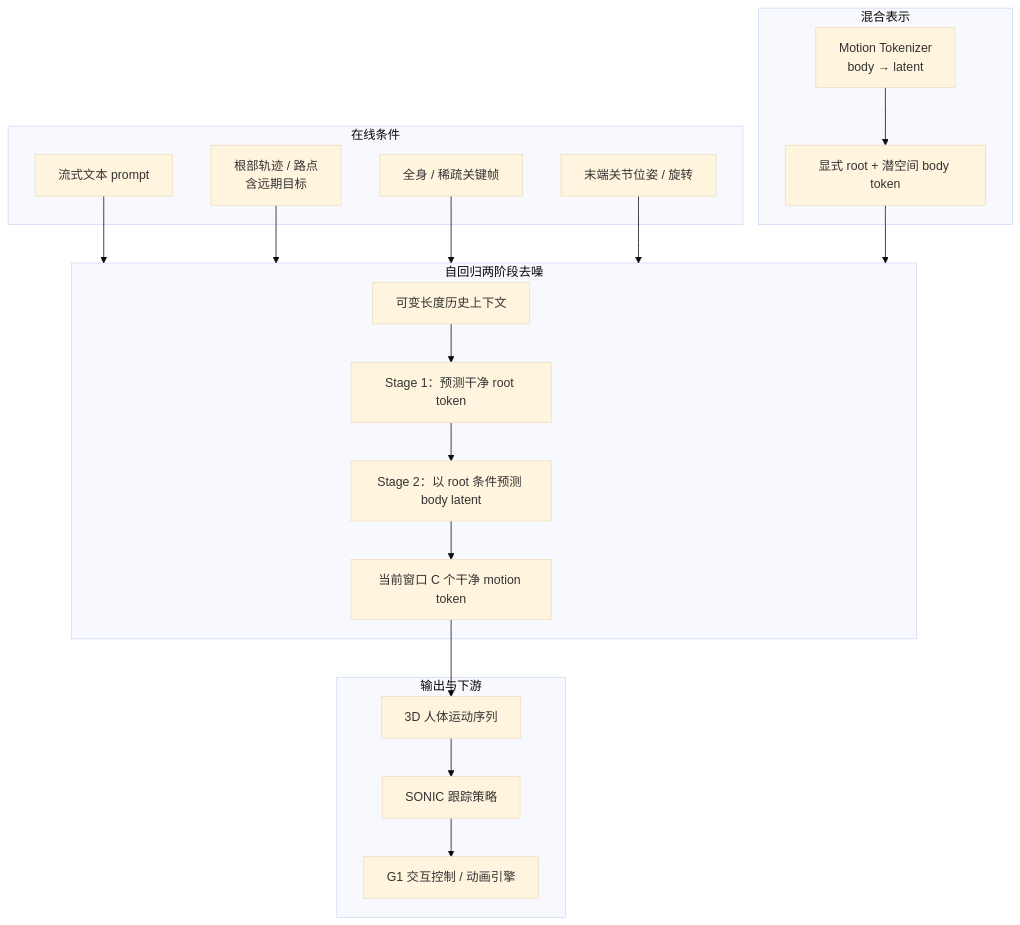
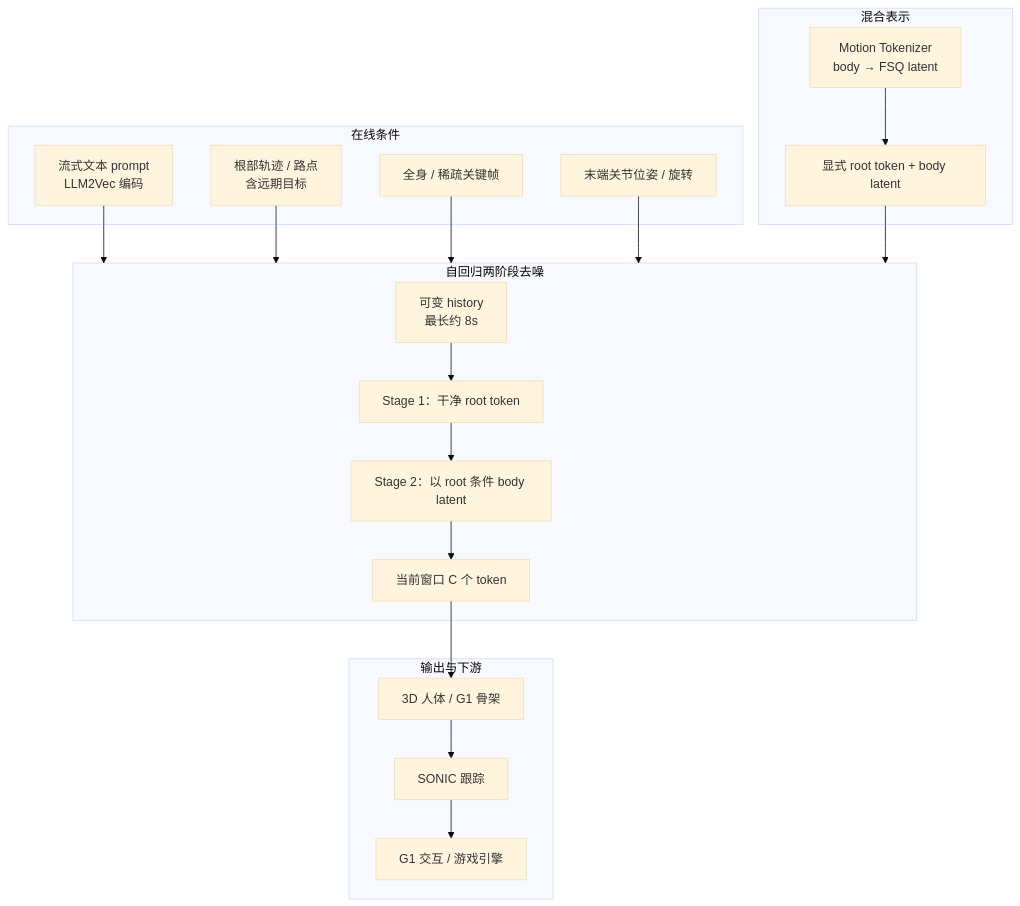
Before and after one commit to ImChong/Robotics_Notebooks: the first of 2 diagrams in wiki/entities/ardy.md, drawn with Mermaid (base theme). The commit also changed other lines of this file and 12 other files, not shown here.

````diff
--- a/wiki/entities/ardy.md
+++ b/wiki/entities/ardy.md
@@ -48,33 +57,32 @@
 ```mermaid
 flowchart TB
   subgraph cond [在线条件]
-    text["流式文本 prompt"]
+    text["流式文本 prompt<br/>LLM2Vec 编码"]
     rootC["根部轨迹 / 路点<br/>含远期目标"]
     kf["全身 / 稀疏关键帧"]
     ee["末端关节位姿 / 旋转"]
   end
   subgraph tok [混合表示]
-    enc["Motion Tokenizer<br/>body → latent"]
-    hybrid["显式 root + 潜空间 body token"]
+    enc["Motion Tokenizer<br/>body → FSQ latent"]
+    hybrid["显式 root token + body latent"]
     enc --> hybrid
   end
   subgraph denoise [自回归两阶段去噪]
-    hist["可变长度历史上下文"]
-    rootD["Stage 1：预测干净 root token"]
-    bodyD["Stage 2：以 root 条件预测 body latent"]
-    win["当前窗口 C 个干净 motion token"]
+    hist["可变 history<br/>最长约 8s"]
+    rootD["Stage 1：干净 root token"]
+    bodyD["Stage 2：以 root 条件 body latent"]
+    win["当前窗口 C 个 token"]
     hist --> rootD --> bodyD --> win
   end
   subgraph out [输出与下游]
-    motion["3D 人体运动序列"]
-    sonic["SONIC 跟踪策略"]
-    g1["G1 交互控制 / 动画引擎"]
-    win --> motion
-    motion --> sonic --> g1
+    motion["3D 人体 / G1 骨架"]
+    sonic["SONIC 跟踪"]
+    g1["G1 交互 / 游戏引擎"]
+    win --> motion --> sonic --> g1
   end
   text --> denoise
   rootC --> denoise
   kf --> denoise
   ee --> denoise
   hybrid --> denoise
 ```
````
